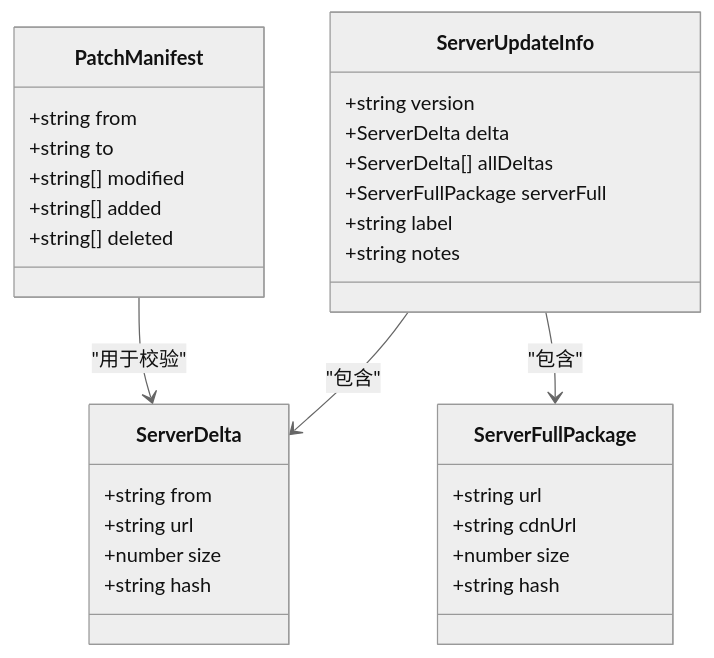
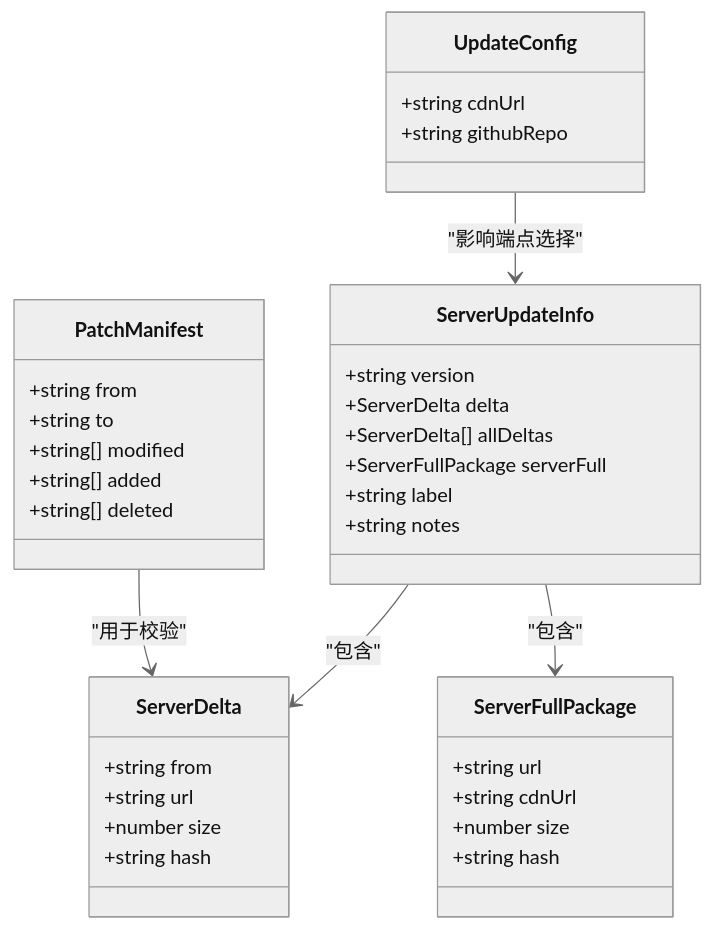
The fourth of 10 diagrams in .qoder/repowiki/zh/content/核心功能模块/热更新系统.md (ggtiger/SSTS), drawn with Mermaid (neutral theme) before and after one commit. The commit also changed other lines of this file and 12 other files, not shown here.

````diff
--- a/.qoder/repowiki/zh/content/核心功能模块/热更新系统.md
+++ b/.qoder/repowiki/zh/content/核心功能模块/热更新系统.md
@@ -175,33 +233,38 @@
 ```mermaid
 classDiagram
 class PatchManifest {
 +string from
 +string to
 +string[] modified
 +string[] added
 +string[] deleted
 }
 class ServerDelta {
 +string from
 +string url
 +number size
 +string hash
 }
 class ServerFullPackage {
 +string url
 +string cdnUrl
 +number size
 +string hash
 }
 class ServerUpdateInfo {
 +string version
 +ServerDelta delta
 +ServerDelta[] allDeltas
 +ServerFullPackage serverFull
 +string label
 +string notes
 }
+class UpdateConfig {
++string cdnUrl
++string githubRepo
+}
 PatchManifest --> ServerDelta : "用于校验"
 ServerUpdateInfo --> ServerDelta : "包含"
 ServerUpdateInfo --> ServerFullPackage : "包含"
+UpdateConfig --> ServerUpdateInfo : "影响端点选择"
 ```
````
